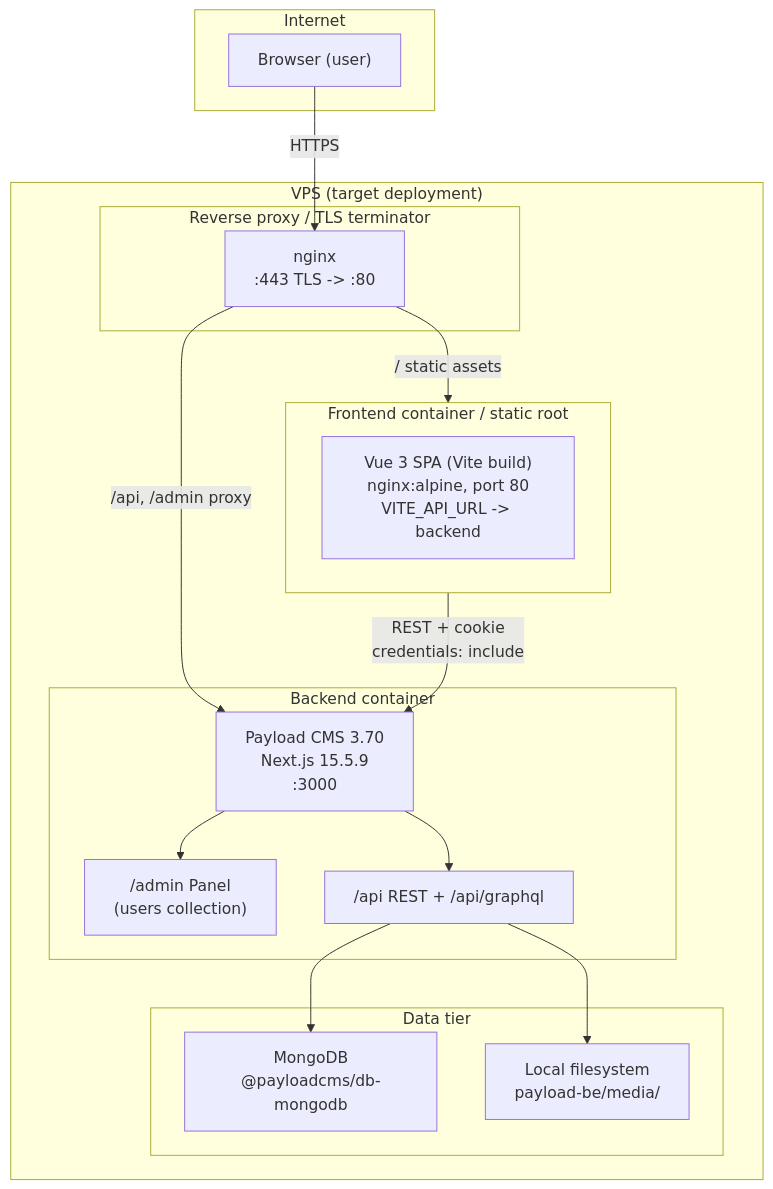
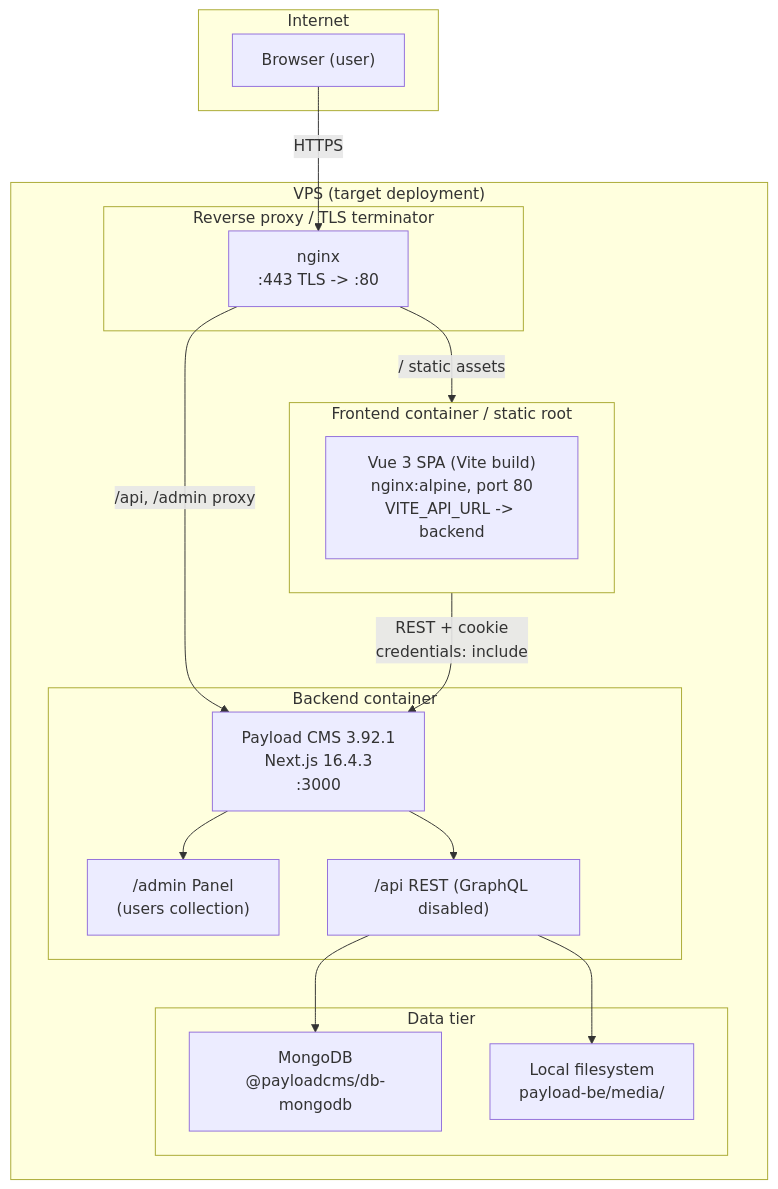
The first of 4 diagrams in docs/architecture.md (FathanAbi/vue-chatapps-public), drawn with Mermaid before and after one commit. The commit also changed other lines of this file and 61 other files, not shown here.

````diff
--- a/docs/architecture.md
+++ b/docs/architecture.md
@@ -222,36 +254,36 @@
 ```mermaid
 graph TB
     subgraph Internet["Internet"]
         U["Browser (user)"]
     end
 
     subgraph VPS["VPS (target deployment)"]
         subgraph Edge["Reverse proxy / TLS terminator"]
             N["nginx<br/>:443 TLS -&gt; :80"]
         end
 
         subgraph FE["Frontend container / static root"]
             V["Vue 3 SPA (Vite build)<br/>nginx:alpine, port 80<br/>VITE_API_URL -&gt; backend"]
         end
 
         subgraph BE["Backend container"]
-            P["Payload CMS 3.70<br/>Next.js 15.5.9<br/>:3000"]
+            P["Payload CMS 3.92.1<br/>Next.js 16.4.3<br/>:3000"]
             A["/admin Panel<br/>(users collection)"]
-            R["/api REST + /api/graphql"]
+            R["/api REST (GraphQL disabled)"]
         end
 
         subgraph Data["Data tier"]
             M["MongoDB<br/>@payloadcms/db-mongodb"]
             F["Local filesystem<br/>payload-be/media/"]
         end
     end
 
     U -->|"HTTPS"| N
     N -->|"/ static assets"| FE
     N -->|"/api, /admin proxy"| P
     FE -->|"REST + cookie<br/>credentials: include"| P
     P --> R
     P --> A
     R --> M
     R --> F
 ```
````
